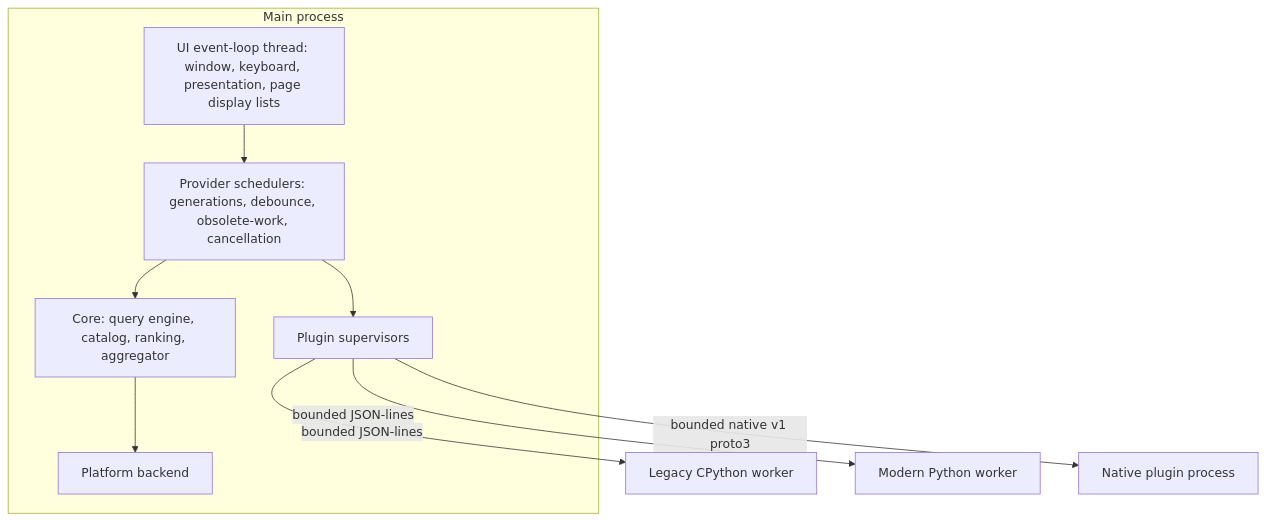
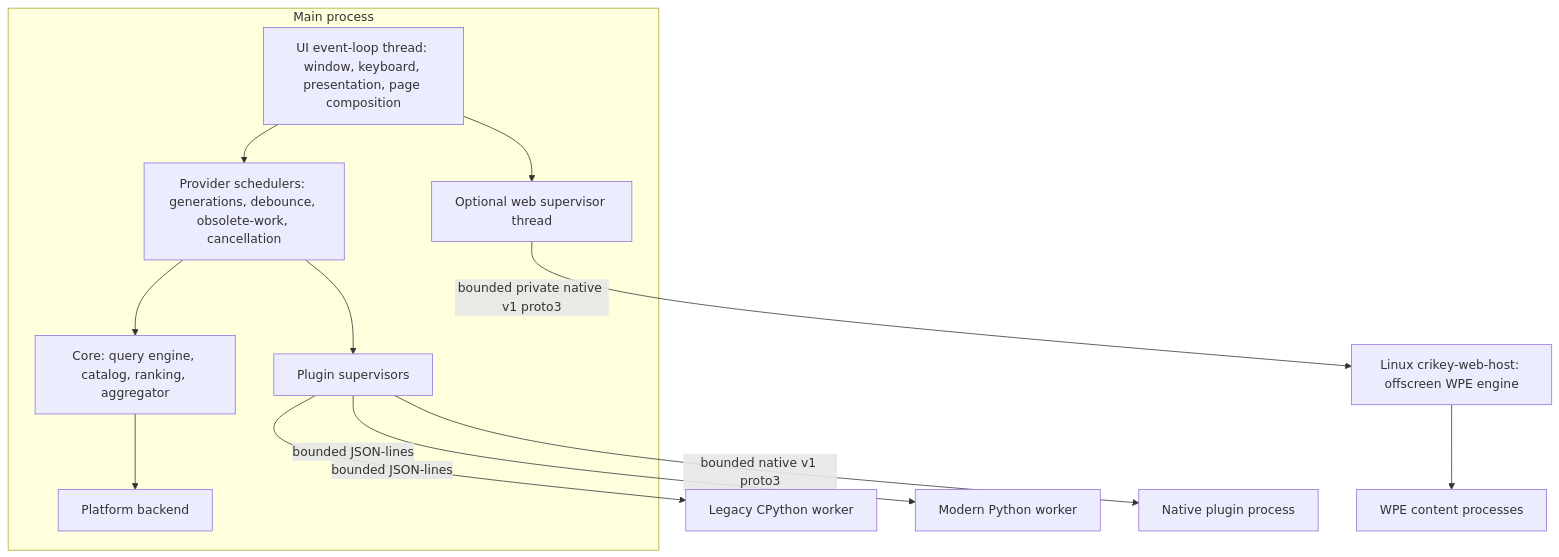
The first of 2 diagrams in docs/architecture.md (yichenchong/CriKey), drawn with Mermaid before and after one commit. The commit also changed other lines of this file and 15 other files, not shown here.

````diff
--- a/docs/architecture.md
+++ b/docs/architecture.md
@@ -10,20 +10,26 @@
 ```mermaid
 graph TB
   subgraph main[Main process]
-    UI[UI event-loop thread: window, keyboard, presentation, page display lists]
+    UI[UI event-loop thread: window, keyboard, presentation, page composition]
     SCHED[Provider schedulers: generations, debounce, obsolete-work, cancellation]
     CORE[Core: query engine, catalog, ranking, aggregator]
     SUP[Plugin supervisors]
+    WEB[Optional web supervisor thread]
     PLAT[Platform backend]
   end
   LW[Legacy CPython worker]
   MW[Modern Python worker]
   NW[Native plugin process]
+  WH[Linux crikey-web-host: offscreen WPE engine]
+  WP[WPE content processes]
   UI --> SCHED
   SCHED --> CORE
   SCHED --> SUP
   SUP -->|bounded JSON-lines| LW
   SUP -->|bounded JSON-lines| MW
   SUP -->|bounded native v1 proto3| NW
+  UI --> WEB
+  WEB -->|bounded private native v1 proto3| WH
+  WH --> WP
   CORE --> PLAT
 ```
````
